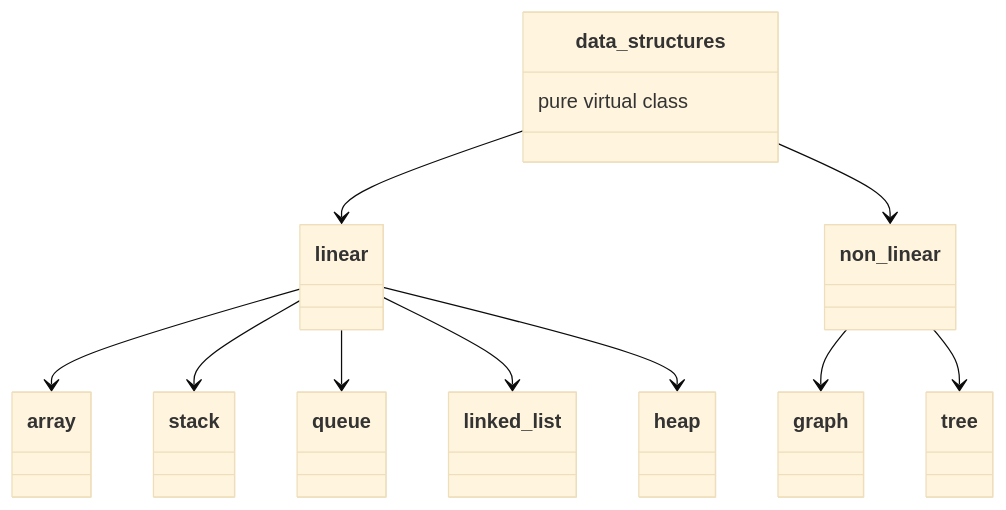
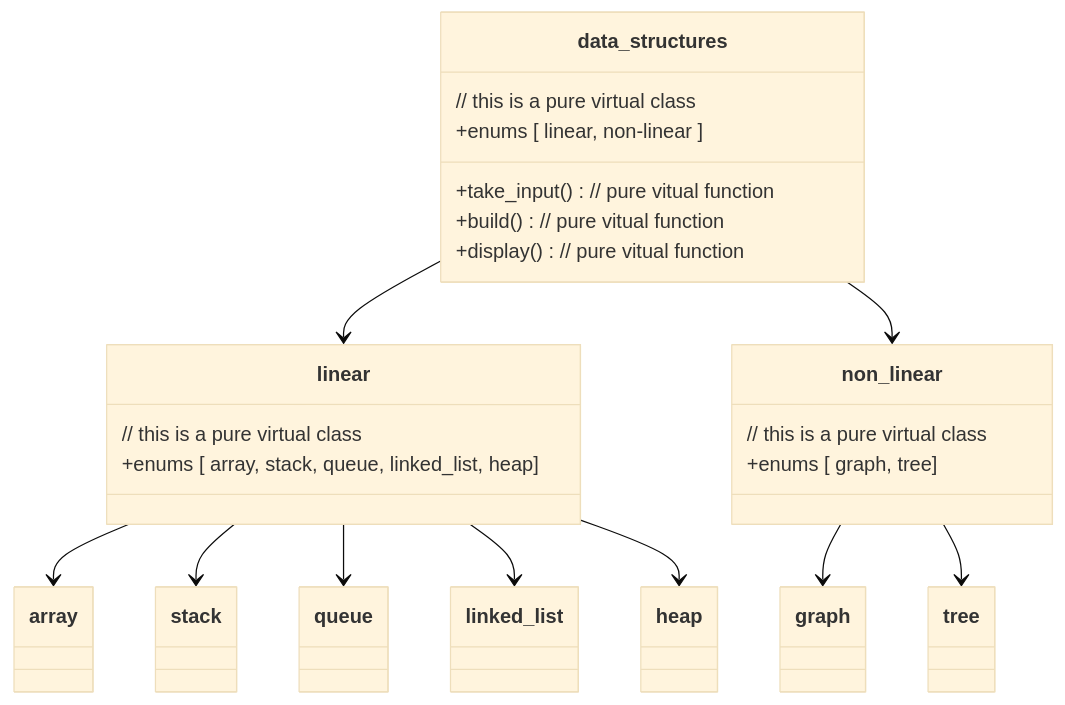
Before and after one commit to AveAng02/project-vizualization: the diagram in README.md, drawn with Mermaid (base theme).

````diff
--- a/README.md
+++ b/README.md
@@ -9,23 +9,39 @@
 ```mermaid
 
   classDiagram
- 
-  
-  class data_structures{
-    pure virtual class
-  }
 
     data_structures --> linear
     data_structures --> non_linear
 
     linear --> array
     linear --> stack
     linear --> queue
     linear --> linked_list
     linear --> heap
 
     non_linear --> graph
     non_linear --> tree
 
+class data_structures{
+    // this is a pure virtual class
+    +enums [ linear, non-linear ]
+    +take_input() // pure vitual function
+    +build()      // pure vitual function
+    +display()    // pure vitual function
+  }
+  
+class linear{
+// this is a pure virtual class
++enums [ array, stack, queue, linked_list, heap]
+
+}
+
+class non_linear{
+// this is a pure virtual class
++enums [ graph, tree]
+
+}
+
+
 
 ```
````
